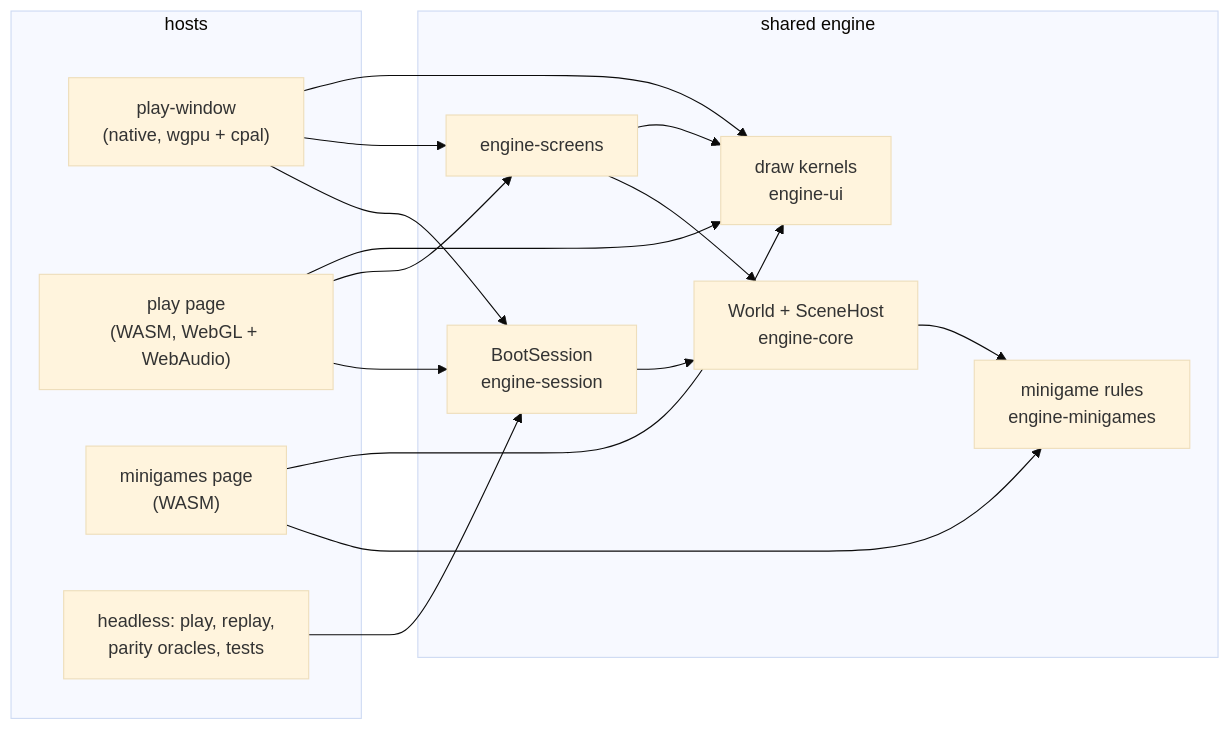
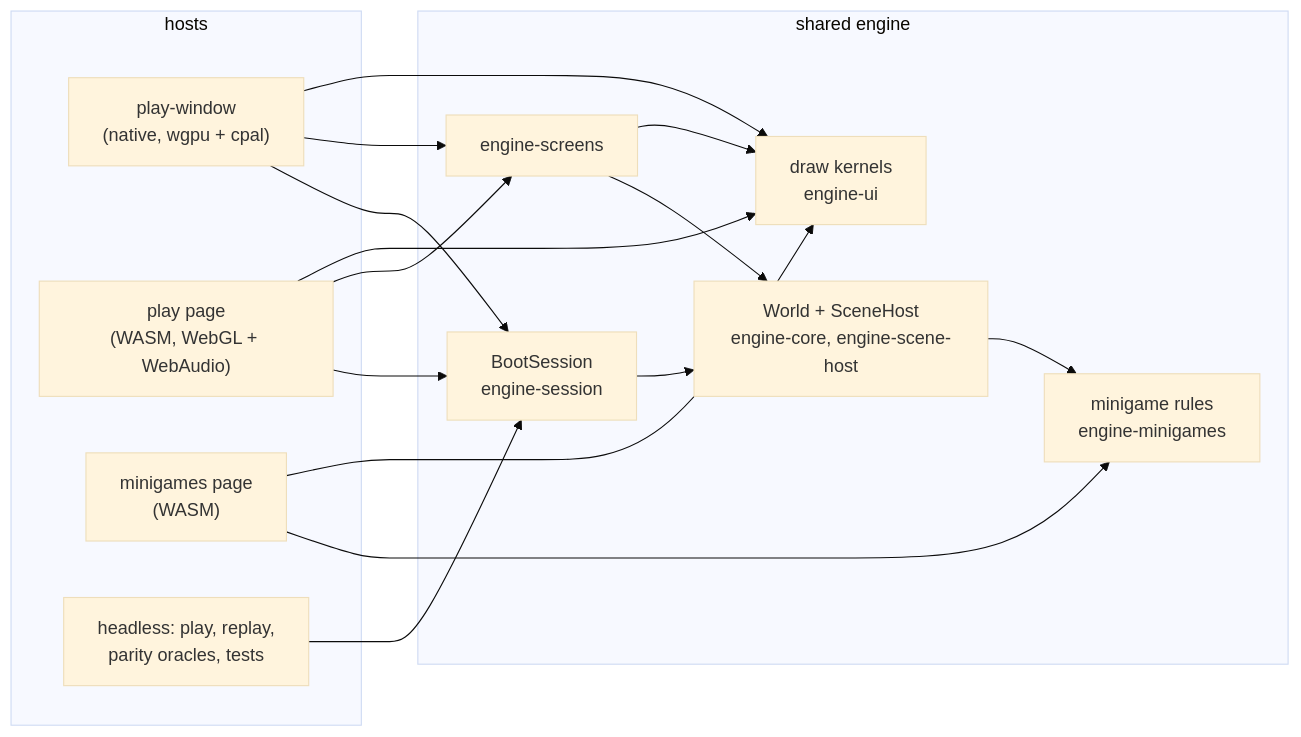
One commit to AndrewAltimit/legend-of-legaia-re changed the second of 4 diagrams in docs/subsystems/engine.md. Above: the diagram before and after it, drawn with Mermaid (base theme). The commit also changed other lines of this file and 938 other files, not shown here.

First line of the commit message:
Gap wave 7 (part 2): play-test fixes, retail and host parity, engine-core split, fog rework, site refresh (#532)

````diff
--- a/docs/subsystems/engine.md
+++ b/docs/subsystems/engine.md
@@ -240,29 +247,29 @@
 ```mermaid
 flowchart LR
     subgraph hosts ["hosts"]
         PW["play-window<br/>(native, wgpu + cpal)"]
         PP["play page<br/>(WASM, WebGL + WebAudio)"]
         MP["minigames page<br/>(WASM)"]
         HL["headless: play, replay,<br/>parity oracles, tests"]
     end
     subgraph shared ["shared engine"]
         BS["BootSession<br/>engine-session"]
         SCR["engine-screens"]
-        W["World + SceneHost<br/>engine-core"]
+        W["World + SceneHost<br/>engine-core, engine-scene-host"]
         MG["minigame rules<br/>engine-minigames"]
         UI["draw kernels<br/>engine-ui"]
     end
     PW --> BS
     PP --> BS
     HL --> BS
     PW --> SCR
     PP --> SCR
     BS --> W
     SCR --> W
     SCR --> UI
     PW --> UI
     PP --> UI
     MP --> MG
     MP --> UI
     W --> MG
 ```
````
